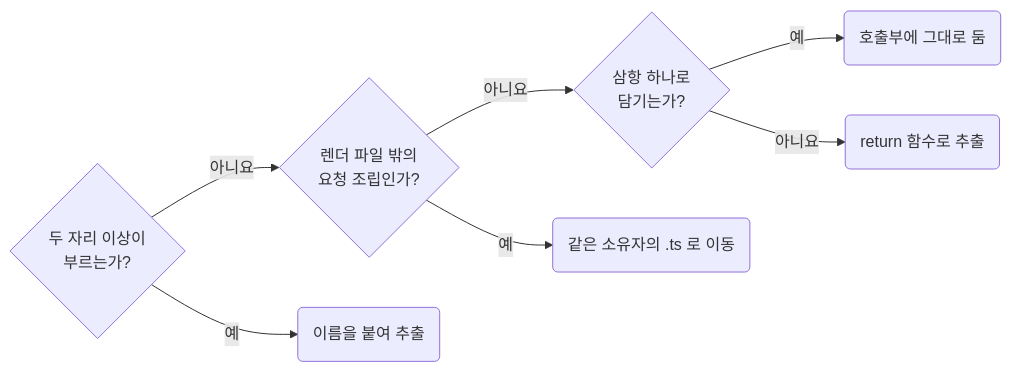
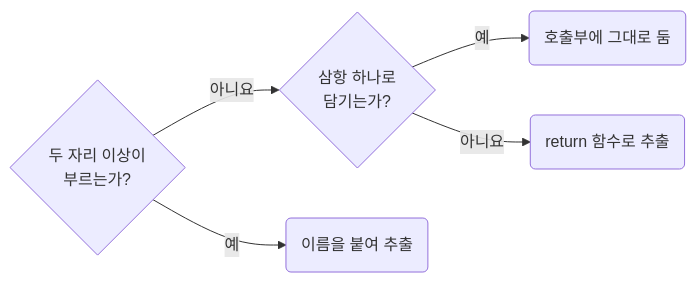
Before and after one commit to minu-ha/agent-conventions: the diagram in skill/typescript/rules/03-03-functions-extract-helpers-only-when-the-boundary-is-real.md, drawn with Mermaid. The commit also changed other lines of this file and 194 other files, not shown here.

````diff
--- a/skill/typescript/rules/03-03-functions-extract-helpers-only-when-the-boundary-is-real.md
+++ b/skill/typescript/rules/03-03-functions-extract-helpers-only-when-the-boundary-is-real.md
@@ -27,7 +27,6 @@
 ```mermaid
 flowchart LR
-	q1{"두 자리 이상이<br>부르는가?"} -- 아니요 --> q2{"렌더 파일 밖의<br>요청 조립인가?"} -- 아니요 --> q3{"삼항 하나로<br>담기는가?"} -- 예 --> r4("호출부에 그대로 둠")
+	q1{"두 자리 이상이<br>부르는가?"} -- 아니요 --> q2{"삼항 하나로<br>담기는가?"} -- 예 --> r3("호출부에 그대로 둠")
 	q1 -- 예 --> r1("이름을 붙여 추출")
-	q2 -- 예 --> r2("같은 소유자의 .ts 로 이동")
-	q3 -- 아니요 --> r3("return 함수로 추출")
+	q2 -- 아니요 --> r2("return 함수로 추출")
 ```
````
